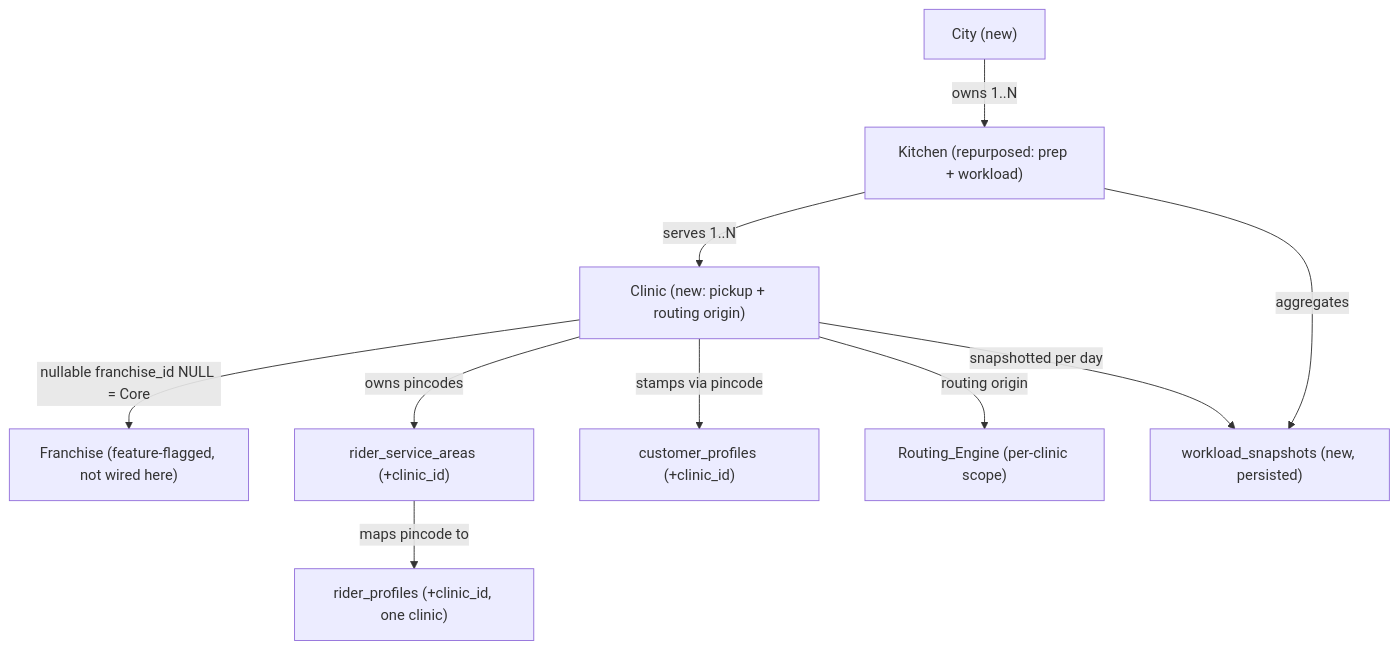
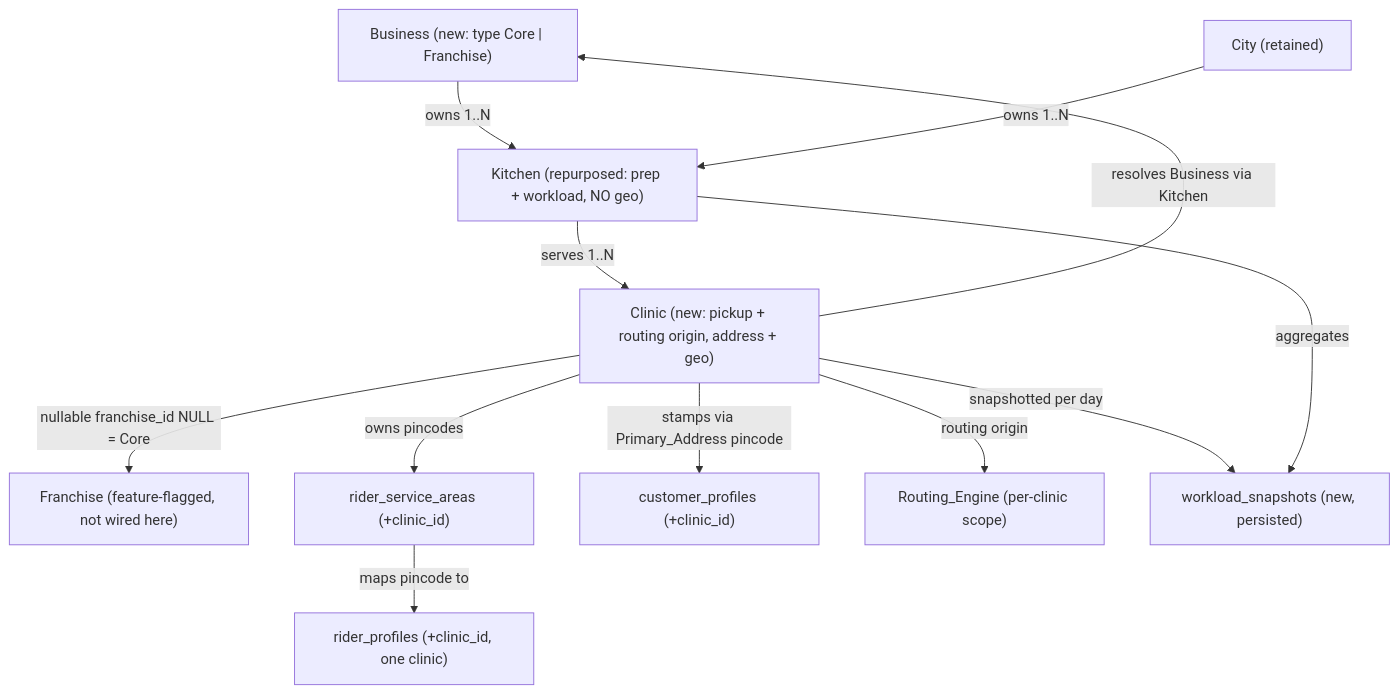
Before and after one commit to RaviBuilds/arogyadiet-dashboards: the first of 5 diagrams in .kiro/specs/core-clinic-architecture/design.md, drawn with Mermaid. The commit also changed other lines of this file and 138 other files, not shown here.

Commit message:
clinic kitchen, core franchies hirarchy created, grouping done

````diff
--- a/.kiro/specs/core-clinic-architecture/design.md
+++ b/.kiro/specs/core-clinic-architecture/design.md
@@ -42,12 +48,14 @@
 ```mermaid
 graph TD
-  City["City (new)"] -->|owns 1..N| Kitchen["Kitchen (repurposed: prep + workload)"]
-  Kitchen -->|serves 1..N| Clinic["Clinic (new: pickup + routing origin)"]
+  Business["Business (new: type Core | Franchise)"] -->|owns 1..N| Kitchen["Kitchen (repurposed: prep + workload, NO geo)"]
+  City["City (retained)"] -->|owns 1..N| Kitchen
+  Kitchen -->|serves 1..N| Clinic["Clinic (new: pickup + routing origin, address + geo)"]
+  Clinic -->|resolves Business via Kitchen| Business
   Clinic -->|nullable franchise_id NULL = Core| Franchise["Franchise (feature-flagged, not wired here)"]
   Clinic -->|owns pincodes| SA["rider_service_areas (+clinic_id)"]
   SA -->|maps pincode to| Rider["rider_profiles (+clinic_id, one clinic)"]
-  Clinic -->|stamps via pincode| Customer["customer_profiles (+clinic_id)"]
+  Clinic -->|stamps via Primary_Address pincode| Customer["customer_profiles (+clinic_id)"]
   Clinic -->|routing origin| Routing["Routing_Engine (per-clinic scope)"]
   Clinic -->|snapshotted per day| Snap["workload_snapshots (new, persisted)"]
   Kitchen -->|aggregates| Snap
 ```
````
